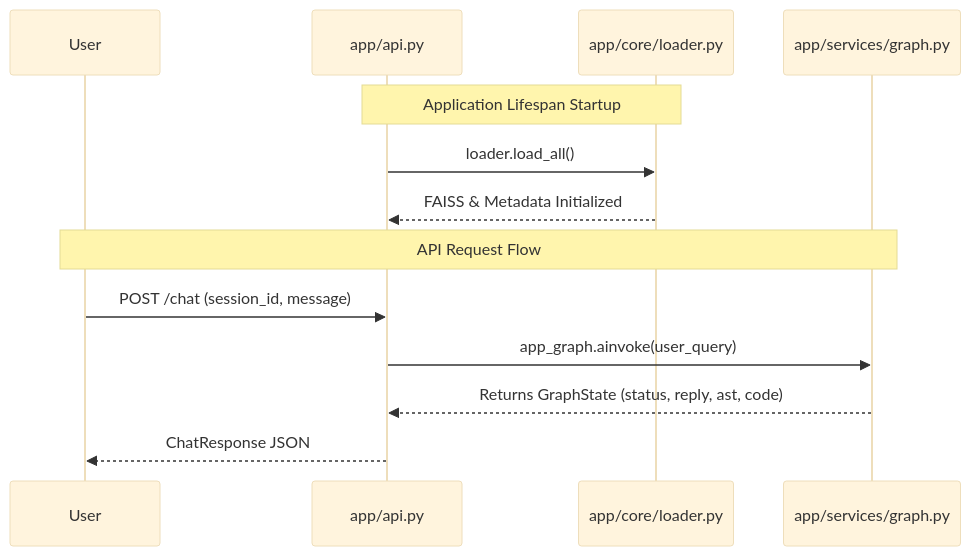
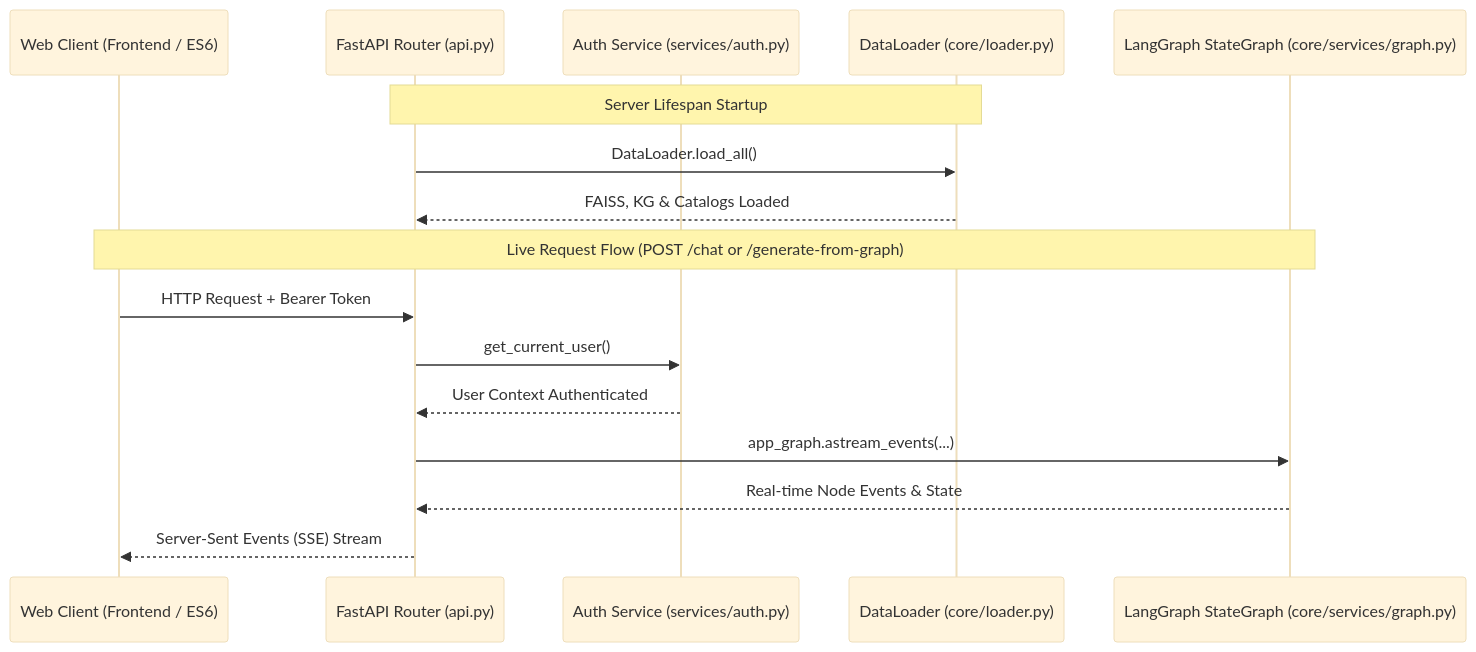
The diagram in backend/app/README.md (genpat-it/cohesive-llm), drawn with Mermaid (base theme) before and after one commit. The commit also changed other lines of this file and 21 other files, not shown here.

Commit message:
refactor: update core model documentation and Pydantic AST schema structures

````diff
--- a/backend/app/README.md
+++ b/backend/app/README.md
@@ -7,17 +9,20 @@
 ```mermaid
 sequenceDiagram
-    participant User
-    participant FastAPI as app/api.py
-    participant Core as app/core/loader.py
-    participant Graph as app/services/graph.py
-    
-    Note over FastAPI,Core: Application Lifespan Startup
-    FastAPI->>Core: loader.load_all()
-    Core-->>FastAPI: FAISS & Metadata Initialized
-    
-    Note over User,Graph: API Request Flow
-    User->>FastAPI: POST /chat (session_id, message)
-    FastAPI->>Graph: app_graph.ainvoke(user_query)
-    Graph-->>FastAPI: Returns GraphState (status, reply, ast, code)
-    FastAPI-->>User: ChatResponse JSON
+    participant Client as Web Client (Frontend / ES6)
+    participant API as FastAPI Router (api.py)
+    participant Auth as Auth Service (services/auth.py)
+    participant Core as DataLoader (core/loader.py)
+    participant Graph as LangGraph StateGraph (core/services/graph.py)
+
+    Note over API,Core: Server Lifespan Startup
+    API->>Core: DataLoader.load_all()
+    Core-->>API: FAISS, KG & Catalogs Loaded
+
+    Note over Client,Graph: Live Request Flow (POST /chat or /generate-from-graph)
+    Client->>API: HTTP Request + Bearer Token
+    API->>Auth: get_current_user()
+    Auth-->>API: User Context Authenticated
+    API->>Graph: app_graph.astream_events(...)
+    Graph-->>API: Real-time Node Events & State
+    API-->>Client: Server-Sent Events (SSE) Stream
 ```
````
